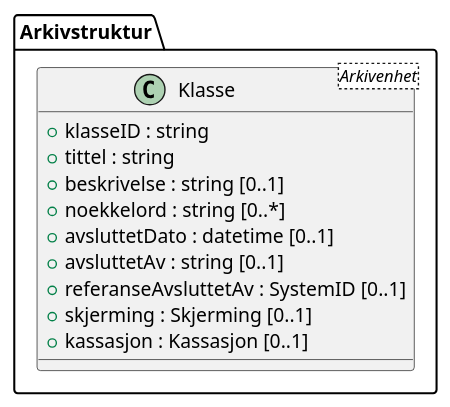
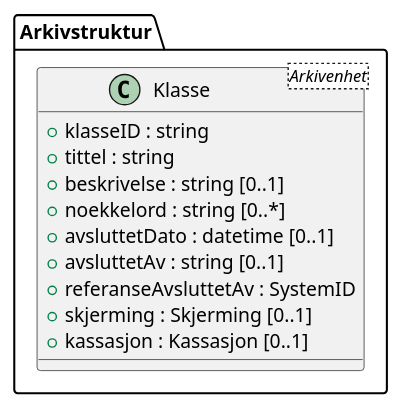
Before and after one commit to arkivverket/noark5-tjenestegrensesnitt-standard: the diagram in kapitler/media/uml-class-klasse.iuml, drawn with PlantUML. The commit also changed 2 other files, not shown here.

Commit message:
SystemID cardinality is changed, p.31
#37

```diff
--- a/kapitler/media/uml-class-klasse.iuml
+++ b/kapitler/media/uml-class-klasse.iuml
@@ -1,13 +1,13 @@
 @startuml
 class Arkivstruktur.Klasse <Arkivenhet> {
   +klasseID : string
   +tittel : string
   +beskrivelse : string [0..1]
   +noekkelord : string [0..*]
   +avsluttetDato : datetime [0..1]
   +avsluttetAv : string [0..1]
-  +referanseAvsluttetAv : SystemID [0..1]
+  +referanseAvsluttetAv : SystemID
   +skjerming : Skjerming [0..1]
   +kassasjon : Kassasjon [0..1]
 }
 @enduml
```
